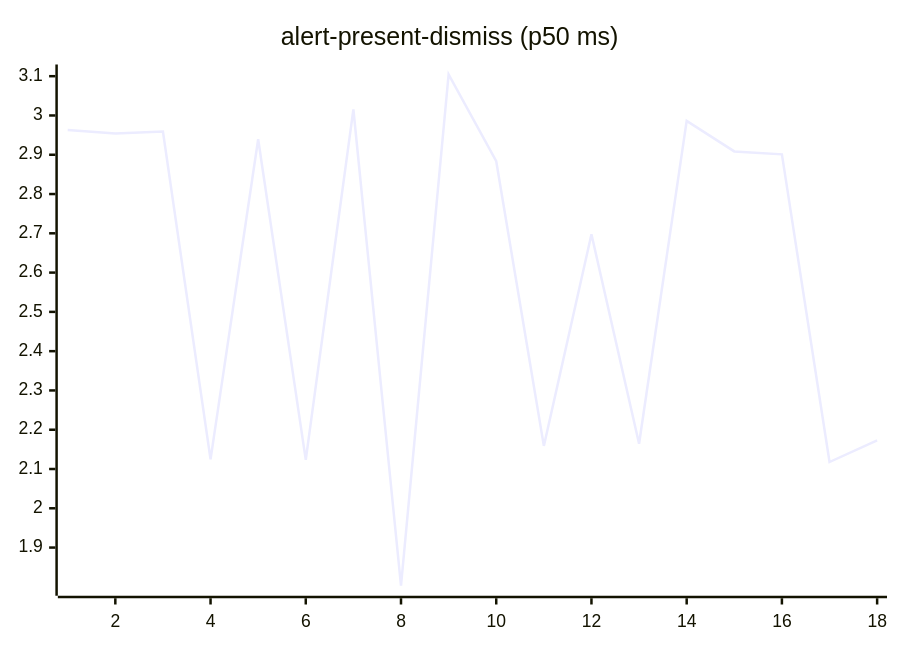
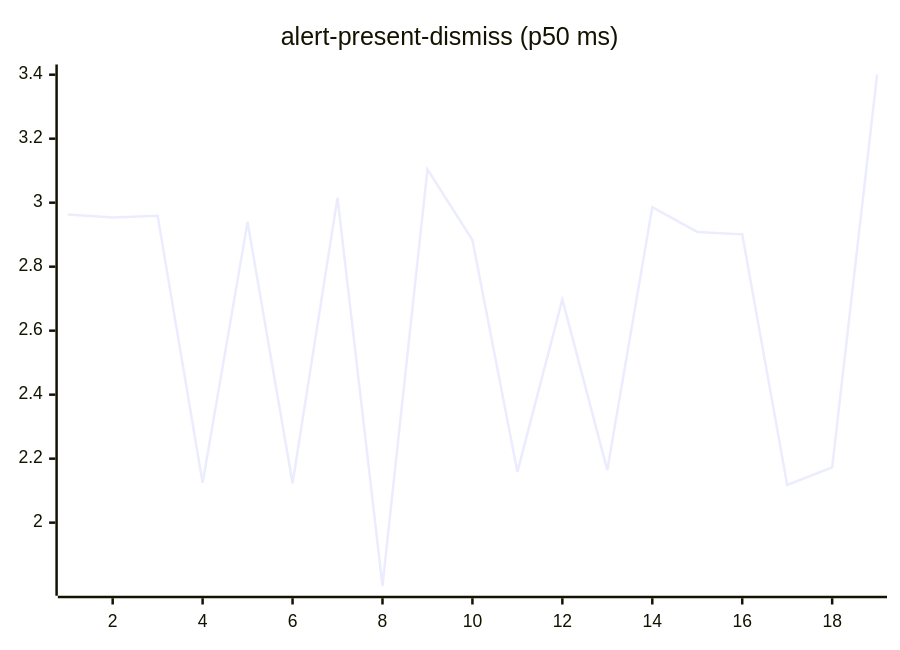
One commit to josha/Facet changed the second of 27 diagrams in README.md. Above: the diagram before and after it, drawn with Mermaid. The commit also changed other lines of this file and 2 other files, not shown here.

````diff
--- a/README.md
+++ b/README.md
@@ -70,6 +70,6 @@
 ```mermaid
 xychart-beta
     title "alert-present-dismiss (p50 ms)"
-    x-axis 1 --> 18
-    line [2.9632, 2.9538, 2.9589, 2.1244, 2.9396, 2.1232, 3.0157, 1.8028, 3.1043, 2.8834, 2.1588, 2.6974, 2.1643, 2.9862, 2.9085, 2.9011, 2.1177, 2.1729]
+    x-axis 1 --> 19
+    line [2.9632, 2.9538, 2.9589, 2.1244, 2.9396, 2.1232, 3.0157, 1.8028, 3.1043, 2.8834, 2.1588, 2.6974, 2.1643, 2.9862, 2.9085, 2.9011, 2.1177, 2.1729, 3.4006]
 ```
````
